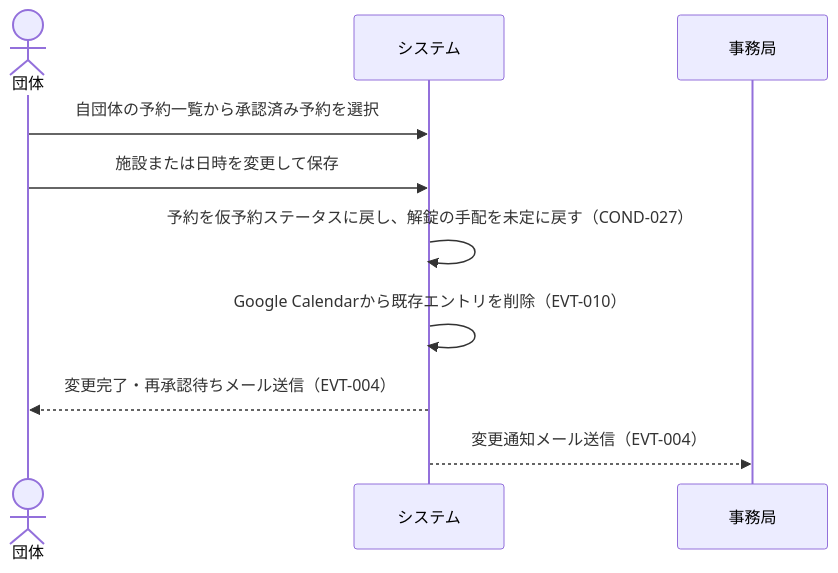
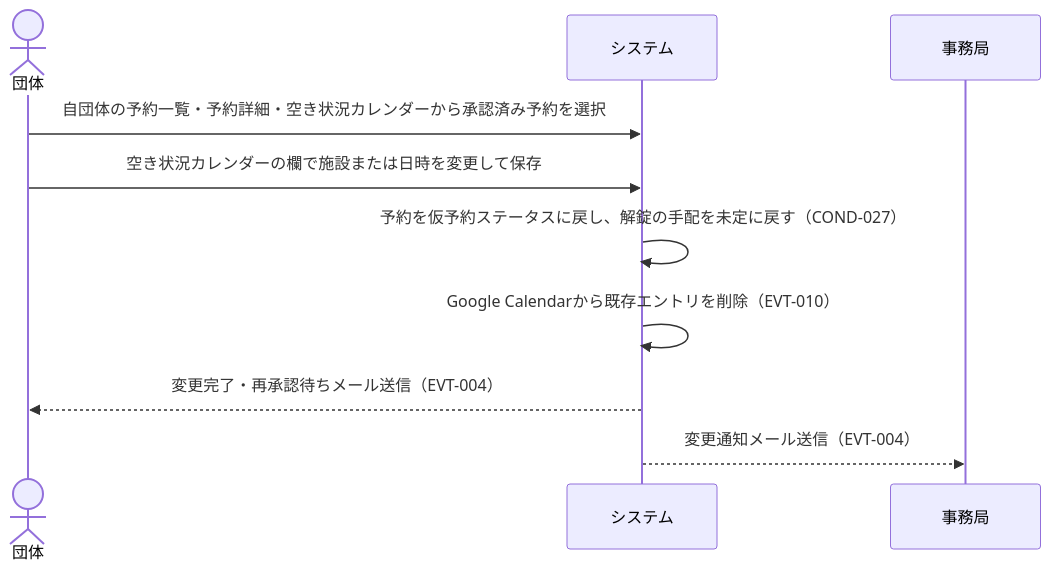
Before and after one commit to gdsc-osaka/iclub-reserve: the seventh of 8 diagrams in rdra/contexts/reservation-application.md, drawn with Mermaid. The commit also changed other lines of this file and 4 other files, not shown here.

````diff
--- a/rdra/contexts/reservation-application.md
+++ b/rdra/contexts/reservation-application.md
@@ -329,13 +329,13 @@
 ```mermaid
 sequenceDiagram
     actor 団体
     participant システム
     participant 事務局
 
-    団体->>システム: 自団体の予約一覧から承認済み予約を選択
-    団体->>システム: 施設または日時を変更して保存
+    団体->>システム: 自団体の予約一覧・予約詳細・空き状況カレンダーから承認済み予約を選択
+    団体->>システム: 空き状況カレンダーの欄で施設または日時を変更して保存
     システム->>システム: 予約を仮予約ステータスに戻し、解錠の手配を未定に戻す（COND-027）
     システム->>システム: Google Calendarから既存エントリを削除（EVT-010）
     システム-->>団体: 変更完了・再承認待ちメール送信（EVT-004）
     システム-->>事務局: 変更通知メール送信（EVT-004）
 ```
````
